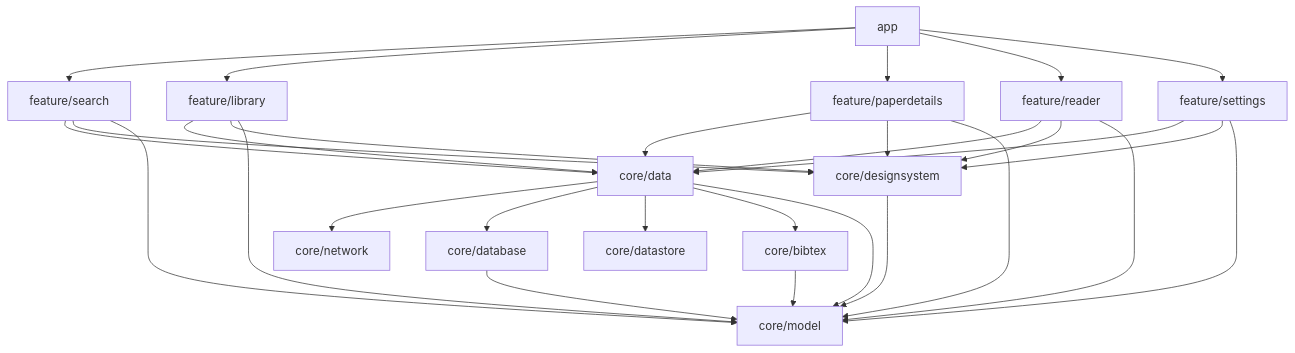
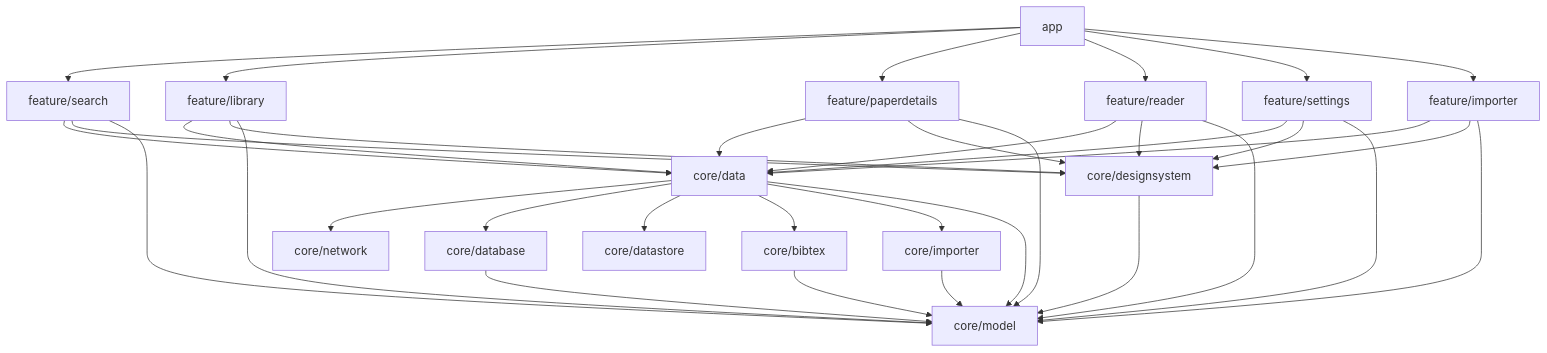
The diagram in README.md (FadyFouad/Hashiya), drawn with Mermaid before and after one commit. The commit also changed other lines of this file and 161 other files, not shown here.

````diff
--- a/README.md
+++ b/README.md
@@ -33,9 +34,10 @@
 ```mermaid
 graph TD
-    app --> feature/search & feature/library & feature/paperdetails & feature/reader & feature/settings
-    feature/search & feature/library & feature/paperdetails & feature/reader & feature/settings --> core/data & core/designsystem & core/model
+    app --> feature/search & feature/library & feature/paperdetails & feature/reader & feature/settings & feature/importer
+    feature/search & feature/library & feature/paperdetails & feature/reader & feature/settings & feature/importer --> core/data & core/designsystem & core/model
     core/designsystem --> core/model
     core/database --> core/model
-    core/data --> core/network & core/database & core/datastore & core/bibtex & core/model
+    core/data --> core/network & core/database & core/datastore & core/bibtex & core/importer & core/model
     core/bibtex --> core/model
+    core/importer --> core/model
 ```
````
